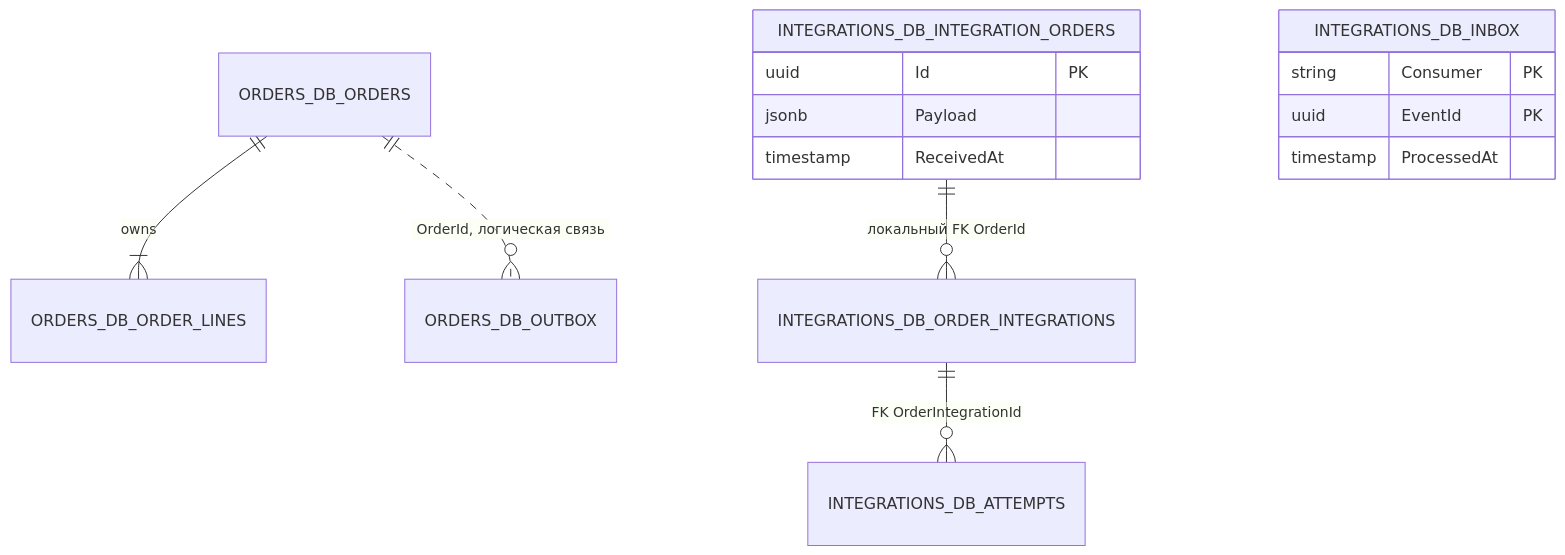
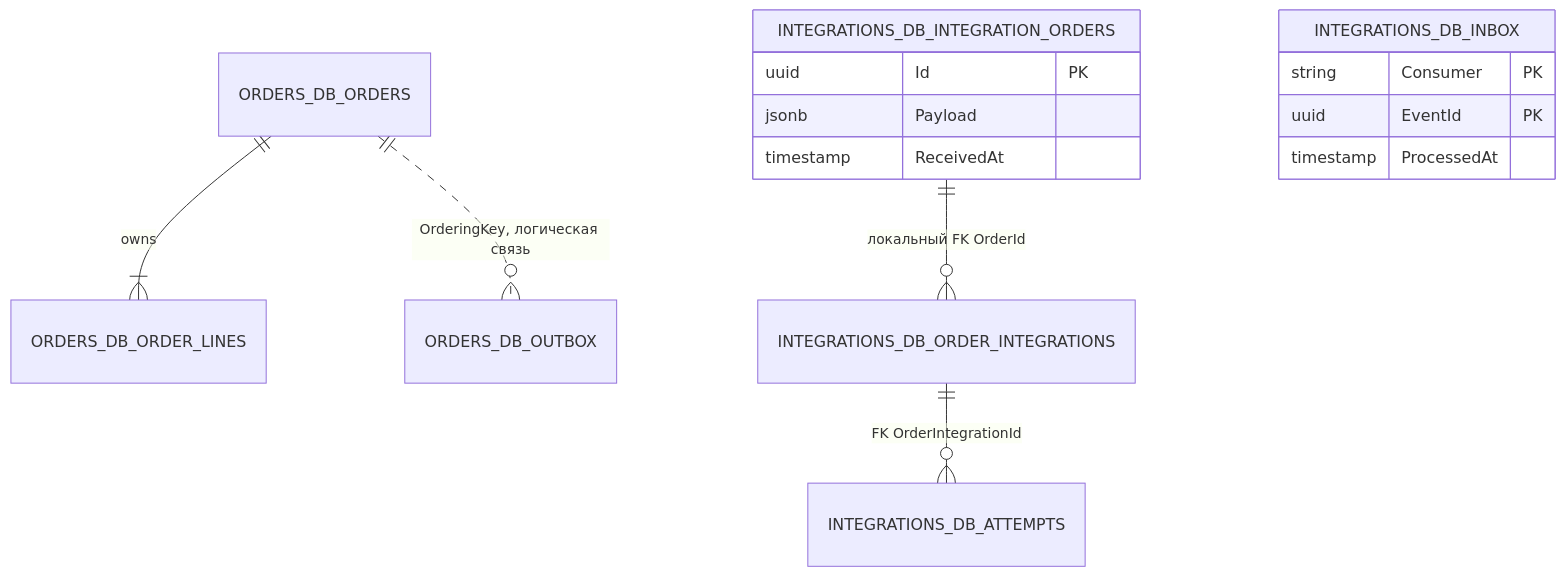
One commit to punkmyduck/b2b-order-bridge changed the sixth of 7 diagrams in docs/architecture.md. Above: the diagram before and after it, drawn with Mermaid. The commit also changed other lines of this file and 4 other files, not shown here.

````diff
--- a/docs/architecture.md
+++ b/docs/architecture.md
@@ -499,17 +533,17 @@
 ```mermaid
 erDiagram
     ORDERS_DB_ORDERS ||--|{ ORDERS_DB_ORDER_LINES : owns
-    ORDERS_DB_ORDERS ||..o{ ORDERS_DB_OUTBOX : "OrderId, логическая связь"
+    ORDERS_DB_ORDERS ||..o{ ORDERS_DB_OUTBOX : "OrderingKey, логическая связь"
     INTEGRATIONS_DB_INTEGRATION_ORDERS ||--o{ INTEGRATIONS_DB_ORDER_INTEGRATIONS : "локальный FK OrderId"
     INTEGRATIONS_DB_ORDER_INTEGRATIONS ||--o{ INTEGRATIONS_DB_ATTEMPTS : "FK OrderIntegrationId"
     INTEGRATIONS_DB_INBOX {
         string Consumer PK
         uuid EventId PK
         timestamp ProcessedAt
     }
     INTEGRATIONS_DB_INTEGRATION_ORDERS {
         uuid Id PK
         jsonb Payload
         timestamp ReceivedAt
     }
 ```
````
